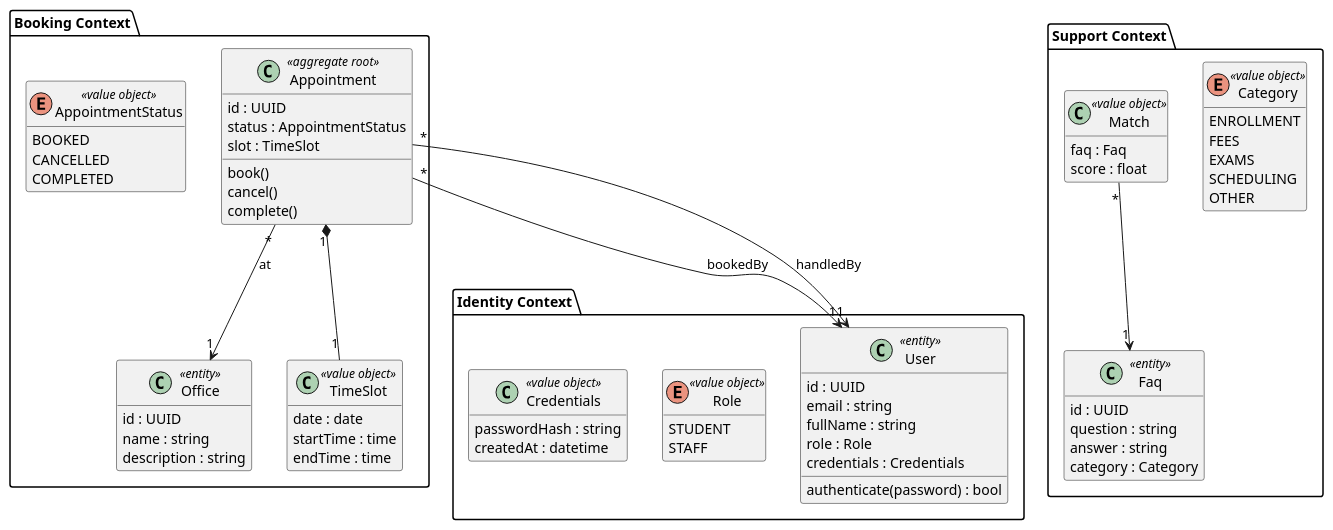
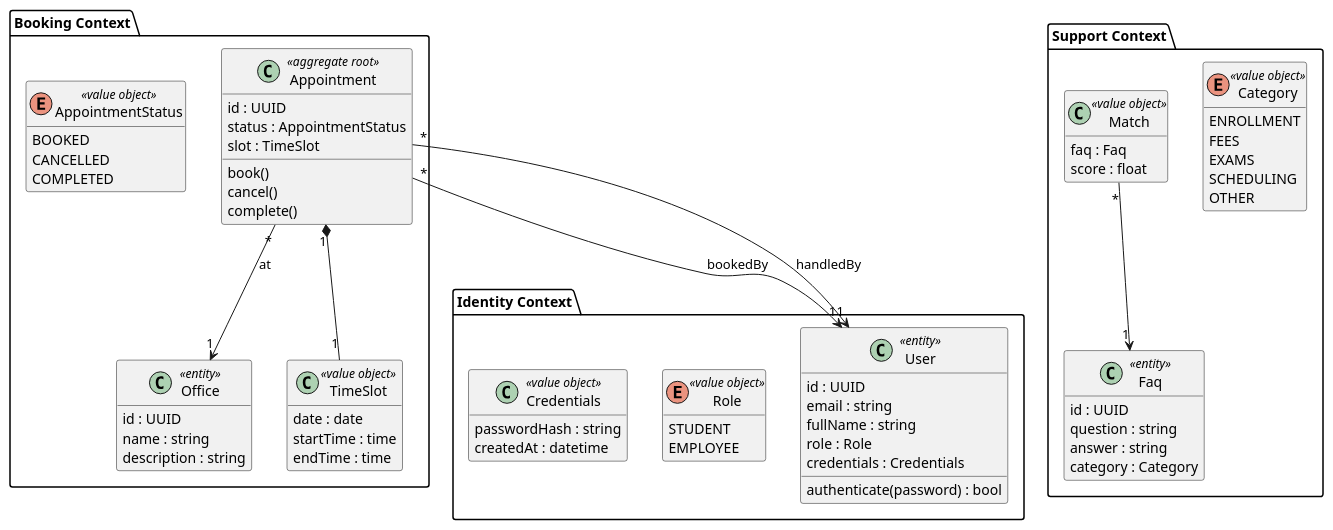
The diagram in sections/03-design/assets/class-diagram.puml (unibo-dtm-se-2526-PRONTO/report), drawn with PlantUML before and after one commit. The commit also changed 11 other files, not shown here.

Commit message:
docs(design): fix diagrams and unify terminology

```diff
--- a/sections/03-design/assets/class-diagram.puml
+++ b/sections/03-design/assets/class-diagram.puml
@@ -1,83 +1,83 @@
 @startuml class-diagram
 skinparam classAttributeIconSize 0
 hide empty members
 
 
 package "Identity Context" {
   class User <<entity>> {
     id : UUID
     email : string
     fullName : string
     role : Role
     credentials : Credentials
     authenticate(password) : bool
   }
 
   enum Role <<value object>> {
     STUDENT
-    STAFF
+    EMPLOYEE
     }
     
   class Credentials <<value object>> {
     passwordHash : string
     createdAt : datetime
   }
 }
 
 package "Booking Context" {
   class Appointment <<aggregate root>> {
     id : UUID
     status : AppointmentStatus
     slot : TimeSlot
     book()
     cancel()
     complete()
   }
 
   class Office <<entity>> {
     id : UUID
     name : string
     description : string
   }
 
   class TimeSlot <<value object>> {
     date : date
     startTime : time
     endTime : time
   }
 
   enum AppointmentStatus <<value object>> {
     BOOKED
     CANCELLED
     COMPLETED
   }
 }
 
 package "Support Context" {
   class Faq <<entity>> {
     id : UUID
     question : string
     answer : string
     category : Category
   }
 
   enum Category <<value object>> {
     ENROLLMENT
     FEES
     EXAMS
     SCHEDULING
     OTHER
   }
 
   class Match <<value object>> {
     faq : Faq
     score : float
   }
 }
 
 Appointment "1" *-- "1" TimeSlot
 Appointment "*" --> "1" Office : at
 Appointment "*" --> "1" User : bookedBy
 Appointment "*" --> "1" User : handledBy
 Match "*" --> "1" Faq
 @enduml
```
